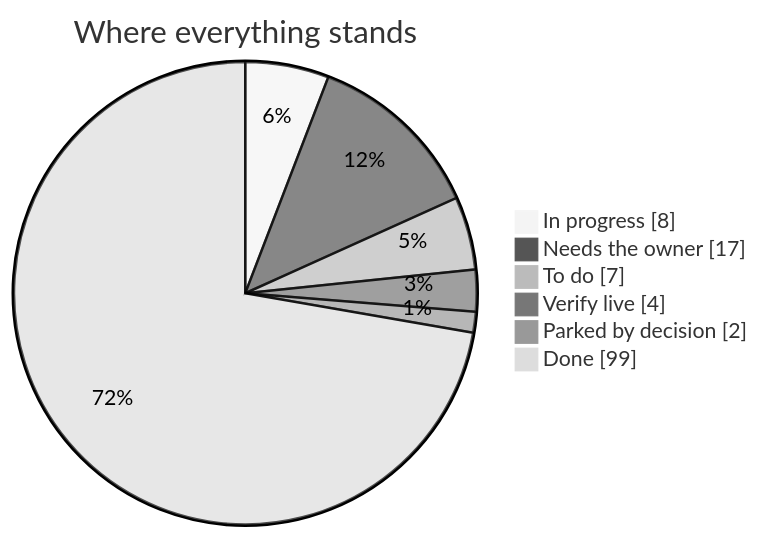
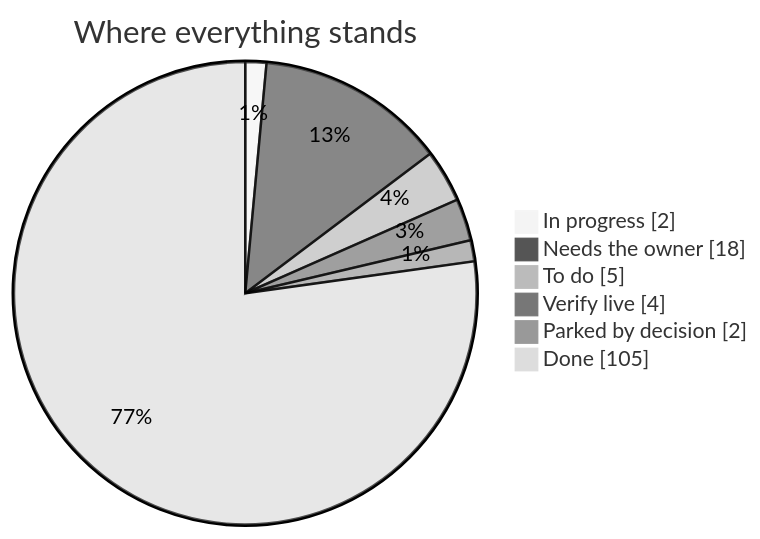
Before and after one commit to divitkej/gradlink: the diagram in launch-board/README.md, drawn with Mermaid (neutral theme). The commit also changed other lines of this file and 4 other files, not shown here.

````diff
--- a/launch-board/README.md
+++ b/launch-board/README.md
@@ -11,10 +11,10 @@
 ```mermaid
 pie showData
   title Where everything stands
-  "In progress" : 8
-  "Needs the owner" : 17
-  "To do" : 7
+  "In progress" : 2
+  "Needs the owner" : 18
+  "To do" : 5
   "Verify live" : 4
   "Parked by decision" : 2
-  "Done" : 99
+  "Done" : 105
 ```
````
